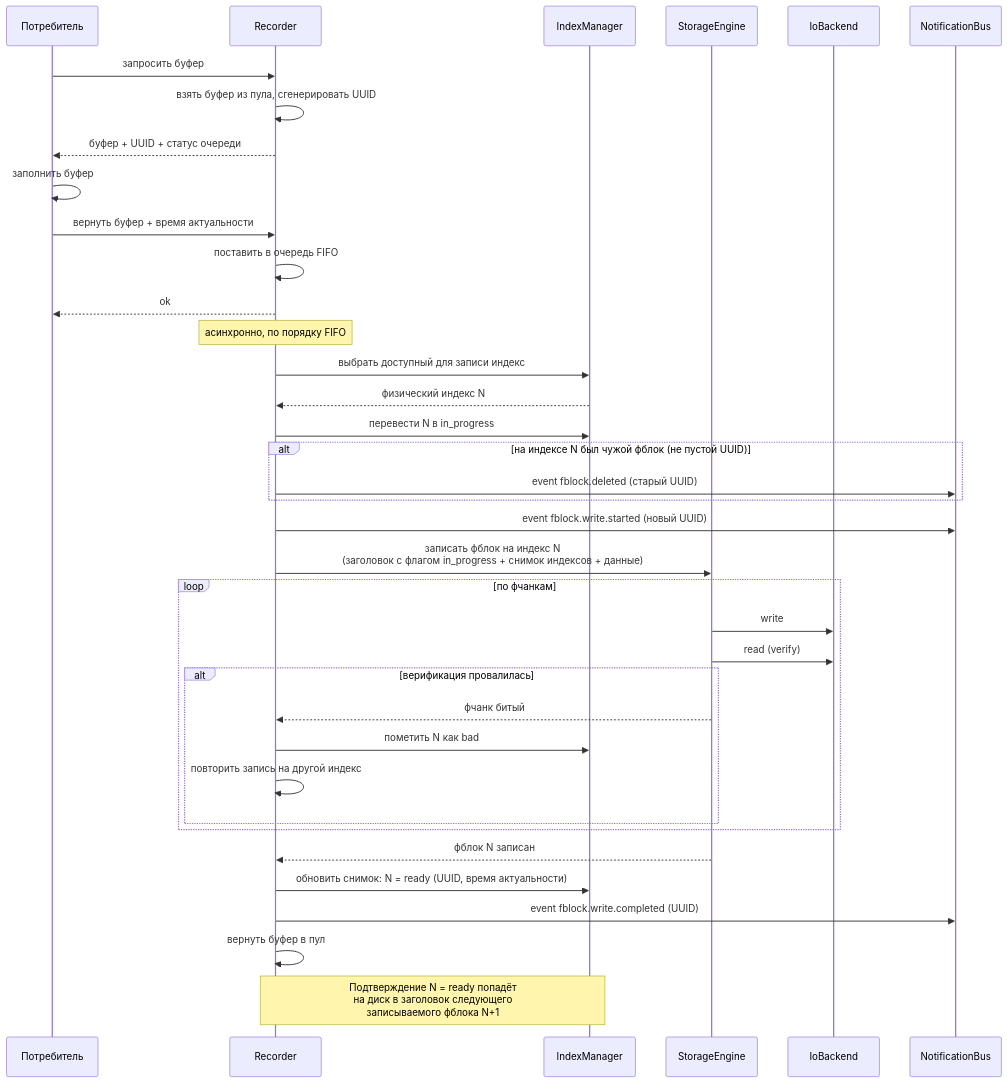
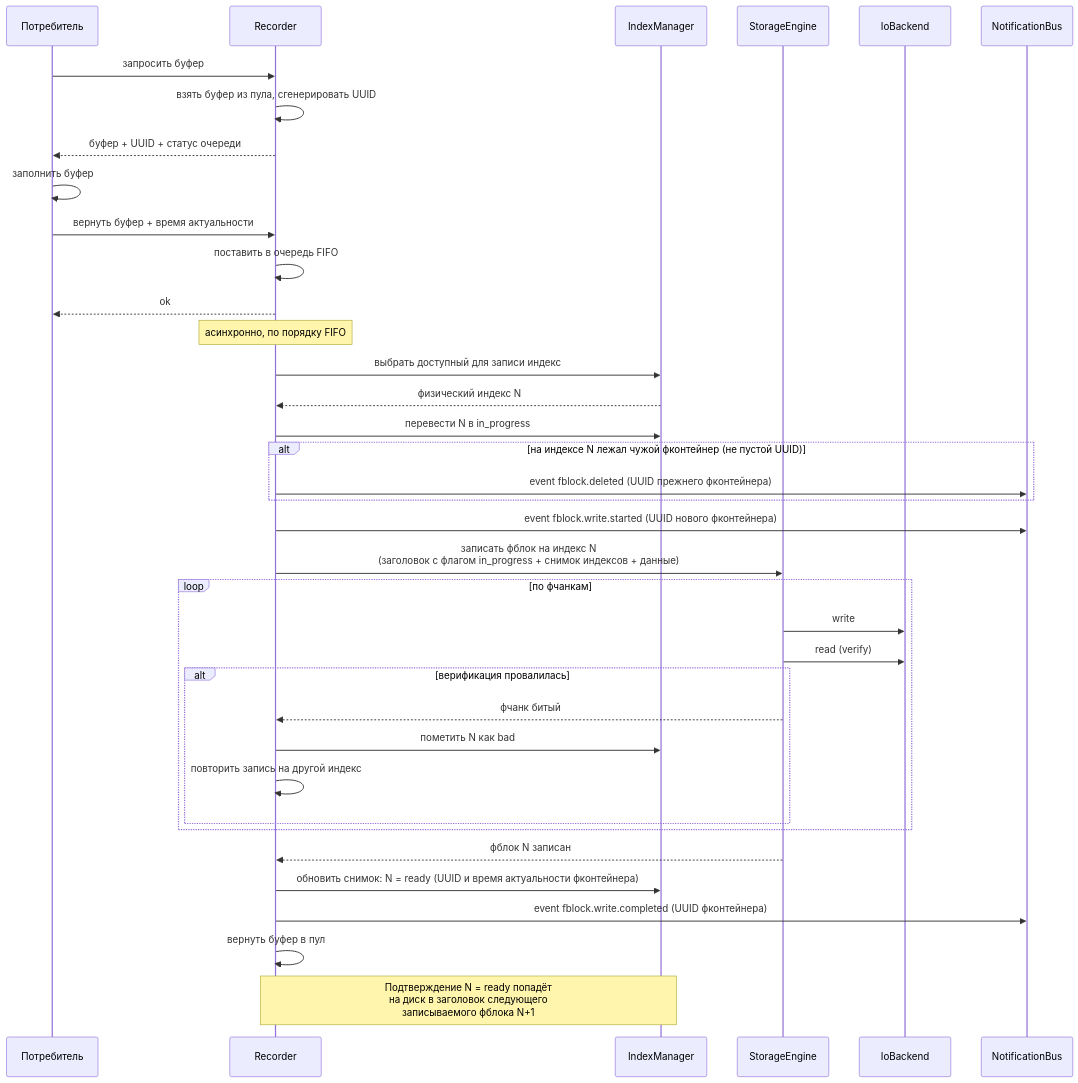
The fourth of 5 diagrams in docs/docs/archive/01-storage.md (traycers/farc), drawn with Mermaid before and after one commit. The commit also changed other lines of this file and 7 other files, not shown here.

````diff
--- a/docs/docs/archive/01-storage.md
+++ b/docs/docs/archive/01-storage.md
@@ -308,47 +309,47 @@
 ```mermaid
 sequenceDiagram
     participant C as Потребитель
     participant R as Recorder
     participant IM as IndexManager
     participant SE as StorageEngine
     participant IO as IoBackend
     participant NB as NotificationBus
 
     C->>R: запросить буфер
     R->>R: взять буфер из пула, сгенерировать UUID
     R-->>C: буфер + UUID + статус очереди
 
     C->>C: заполнить буфер
     C->>R: вернуть буфер + время актуальности
     R->>R: поставить в очередь FIFO
     R-->>C: ok
 
     Note over R: асинхронно, по порядку FIFO
     R->>IM: выбрать доступный для записи индекс
     IM-->>R: физический индекс N
     R->>IM: перевести N в in_progress
 
-    alt на индексе N был чужой фблок (не пустой UUID)
-        R->>NB: event fblock.deleted (старый UUID)
+    alt на индексе N лежал чужой фконтейнер (не пустой UUID)
+        R->>NB: event fblock.deleted (UUID прежнего фконтейнера)
     end
 
-    R->>NB: event fblock.write.started (новый UUID)
+    R->>NB: event fblock.write.started (UUID нового фконтейнера)
     R->>SE: записать фблок на индекс N<br/>(заголовок с флагом in_progress + снимок индексов + данные)
 
     loop по фчанкам
         SE->>IO: write
         SE->>IO: read (verify)
         alt верификация провалилась
             SE-->>R: фчанк битый
             R->>IM: пометить N как bad
             R->>R: повторить запись на другой индекс
         end
     end
 
     SE-->>R: фблок N записан
-    R->>IM: обновить снимок: N = ready (UUID, время актуальности)
-    R->>NB: event fblock.write.completed (UUID)
+    R->>IM: обновить снимок: N = ready (UUID и время актуальности фконтейнера)
+    R->>NB: event fblock.write.completed (UUID фконтейнера)
     R->>R: вернуть буфер в пул
 
     Note over R,IM: Подтверждение N = ready попадёт<br/>на диск в заголовок следующего<br/>записываемого фблока N+1
 ```
````
